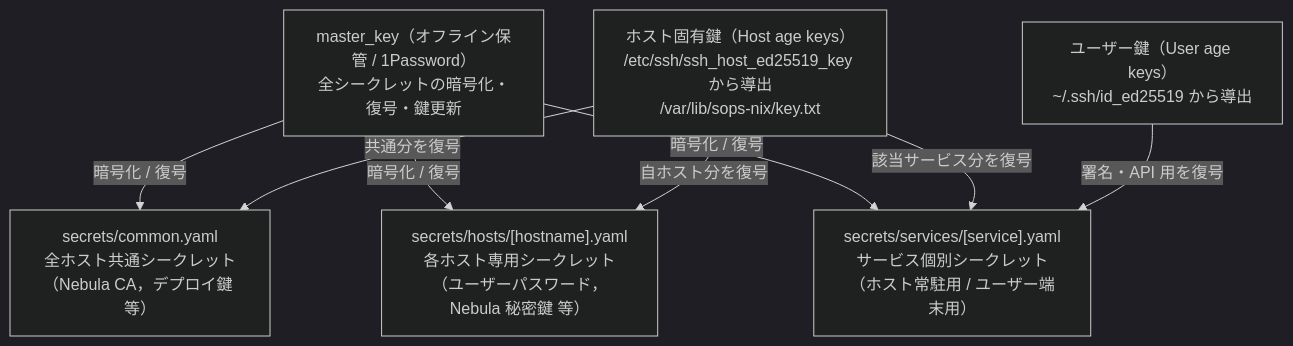
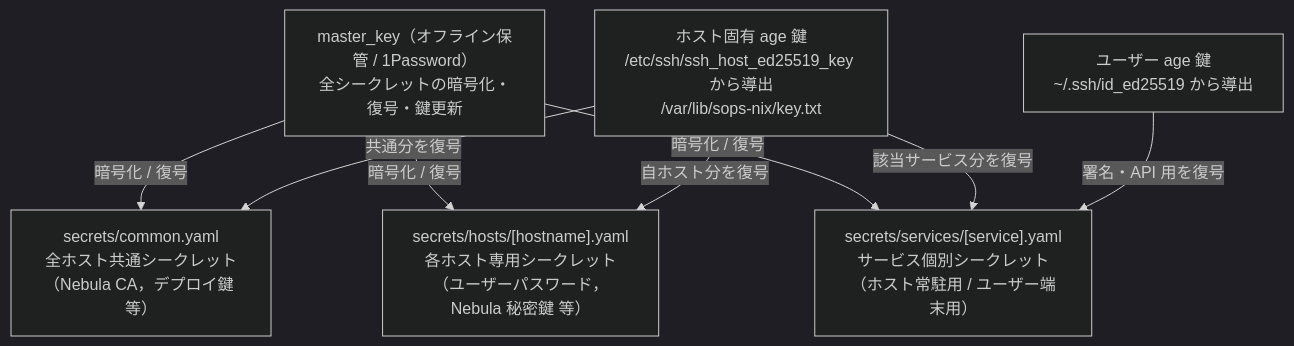
The diagram in docs/operations/secret-management.md (t3u-tsu/nix-config), drawn with Mermaid (dark theme) before and after one commit. The commit also changed other lines of this file and 68 other files, not shown here.

````diff
--- a/docs/operations/secret-management.md
+++ b/docs/operations/secret-management.md
@@ -9,19 +9,19 @@
 ```mermaid
 graph TD
     Master["master_key（オフライン保管 / 1Password）<br>全シークレットの暗号化・復号・鍵更新"]
-    HostKey["ホスト固有鍵（Host age keys）<br>/etc/ssh/ssh_host_ed25519_key から導出<br>/var/lib/sops-nix/key.txt"]
-    UserKey["ユーザー鍵（User age keys）<br>~/.ssh/id_ed25519 から導出"]
+    HostKey["ホスト固有 age 鍵<br>/etc/ssh/ssh_host_ed25519_key から導出<br>/var/lib/sops-nix/key.txt"]
+    UserKey["ユーザー age 鍵<br>~/.ssh/id_ed25519 から導出"]
 
     CommonSecret["secrets/common.yaml<br>全ホスト共通シークレット<br>（Nebula CA，デプロイ鍵 等）"]
     HostSecret["secrets/hosts/[hostname].yaml<br>各ホスト専用シークレット<br>（ユーザーパスワード，Nebula 秘密鍵 等）"]
     ServiceSecret["secrets/services/[service].yaml<br>サービス個別シークレット<br>（ホスト常駐用 / ユーザー端末用）"]
 
     Master -->|暗号化 / 復号| CommonSecret
     Master -->|暗号化 / 復号| HostSecret
     Master -->|暗号化 / 復号| ServiceSecret
 
     HostKey -->|共通分を復号| CommonSecret
     HostKey -->|自ホスト分を復号| HostSecret
     HostKey -->|該当サービス分を復号| ServiceSecret
     UserKey -->|署名・API 用を復号| ServiceSecret
 ```
````
